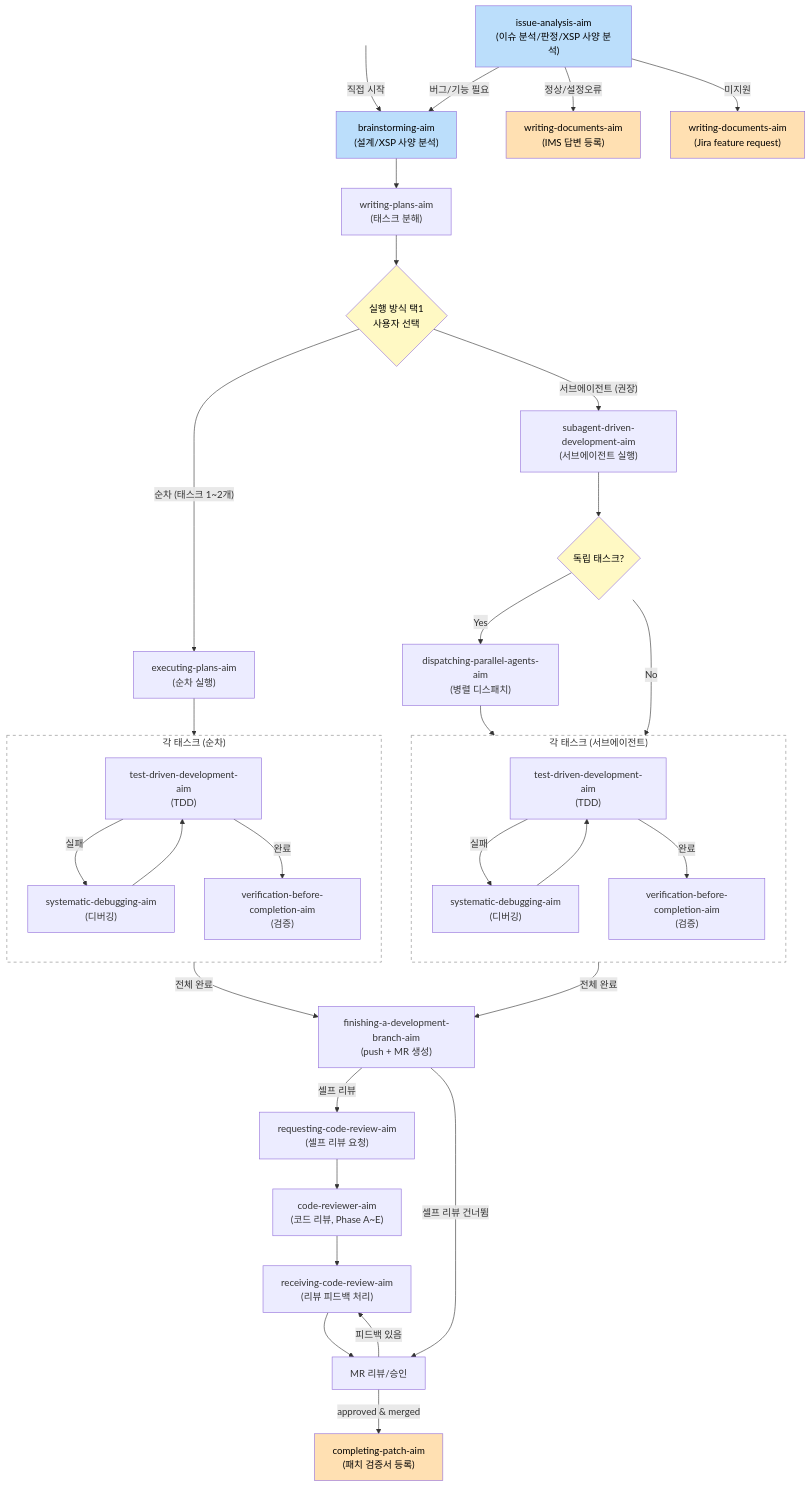
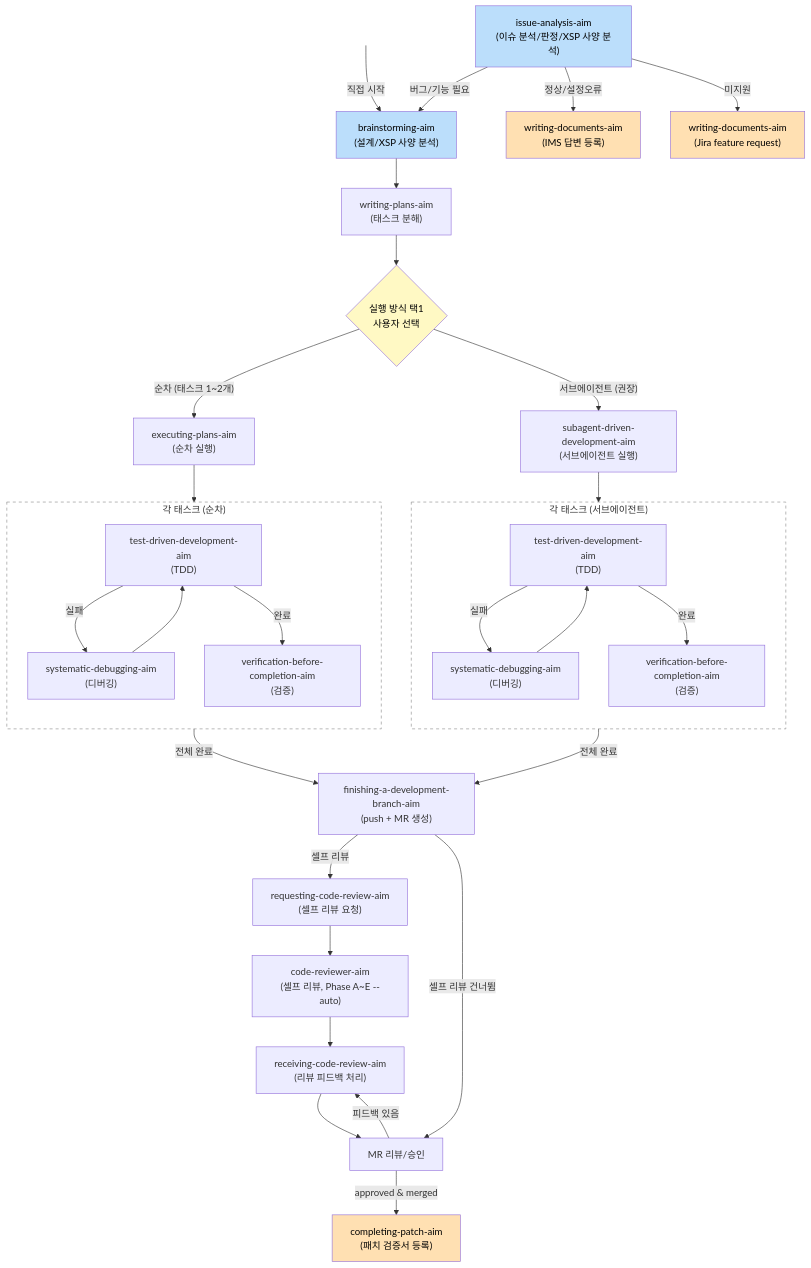
One commit to kmj5228/aim-harness changed the diagram in README.md. Above: the diagram before and after it, drawn with Mermaid. The commit also changed other lines of this file and 5 other files, not shown here.

````diff
--- a/README.md
+++ b/README.md
@@ -77,60 +77,56 @@
 ```mermaid
 flowchart TD
     A["issue-analysis-aim\n(이슈 분석/판정/XSP 사양 분석)"] -->|"버그/기능 필요"| B["brainstorming-aim\n(설계/XSP 사양 분석)"]
     START[ ] -->|직접 시작| B
     B --> C["writing-plans-aim\n(태스크 분해)"]
     C --> D{실행 방식 택1\n사용자 선택}
 
     D -->|"순차 (태스크 1~2개)"| E["executing-plans-aim\n(순차 실행)"]
     E --> TDD1
 
     D -->|"서브에이전트 (권장)"| F["subagent-driven-development-aim\n(서브에이전트 실행)"]
-    F --> H{독립 태스크?}
-    H -->|"Yes"| P1["dispatching-parallel-agents-aim\n(병렬 디스패치)"]
-    H -->|"No"| TDD2
-    P1 --> TDD2
+    F --> TDD2
 
     subgraph TDD1 ["각 태스크 (순차)"]
         direction TB
         G1["test-driven-development-aim\n(TDD)"] -->|실패| I1["systematic-debugging-aim\n(디버깅)"]
         I1 --> G1
         G1 -->|완료| J1["verification-before-completion-aim\n(검증)"]
     end
 
     subgraph TDD2 ["각 태스크 (서브에이전트)"]
         direction TB
         G2["test-driven-development-aim\n(TDD)"] -->|실패| I2["systematic-debugging-aim\n(디버깅)"]
         I2 --> G2
         G2 -->|완료| J2["verification-before-completion-aim\n(검증)"]
     end
 
     TDD1 -->|전체 완료| K["finishing-a-development-branch-aim\n(push + MR 생성)"]
     TDD2 -->|전체 완료| K
     K -->|셀프 리뷰| L["requesting-code-review-aim\n(셀프 리뷰 요청)"]
-    L --> M["code-reviewer-aim\n(코드 리뷰, Phase A~E)"]
+    L --> M["code-reviewer-aim\n(셀프 리뷰, Phase A~E --auto)"]
     K -->|셀프 리뷰 건너뜀| MR[MR 리뷰/승인]
     M --> RCV["receiving-code-review-aim\n(리뷰 피드백 처리)"]
     RCV --> MR
     MR -->|피드백 있음| RCV
     MR -->|approved & merged| N["completing-patch-aim\n(패치 검증서 등록)"]
 
     A -->|"정상/설정오류"| O["writing-documents-aim\n(IMS 답변 등록)"]
     A -->|"미지원"| Q["writing-documents-aim\n(Jira feature request)"]
 
     style START fill:transparent,stroke:transparent
     style TDD1 fill:transparent,stroke:#888,stroke-dasharray: 5 5
     style TDD2 fill:transparent,stroke:#888,stroke-dasharray: 5 5
 
     %% 시작 (파랑)
     style A fill:#bbdefb,color:#000
     style B fill:#bbdefb,color:#000
 
     %% 끝 (주황)
     style N fill:#ffe0b2,color:#000
     style O fill:#ffe0b2,color:#000
     style Q fill:#ffe0b2,color:#000
 
     %% 분기 (노랑) — 에이전트/사용자 결정
     style D fill:#fff9c4,color:#000
-    style H fill:#fff9c4,color:#000
 ```
````
